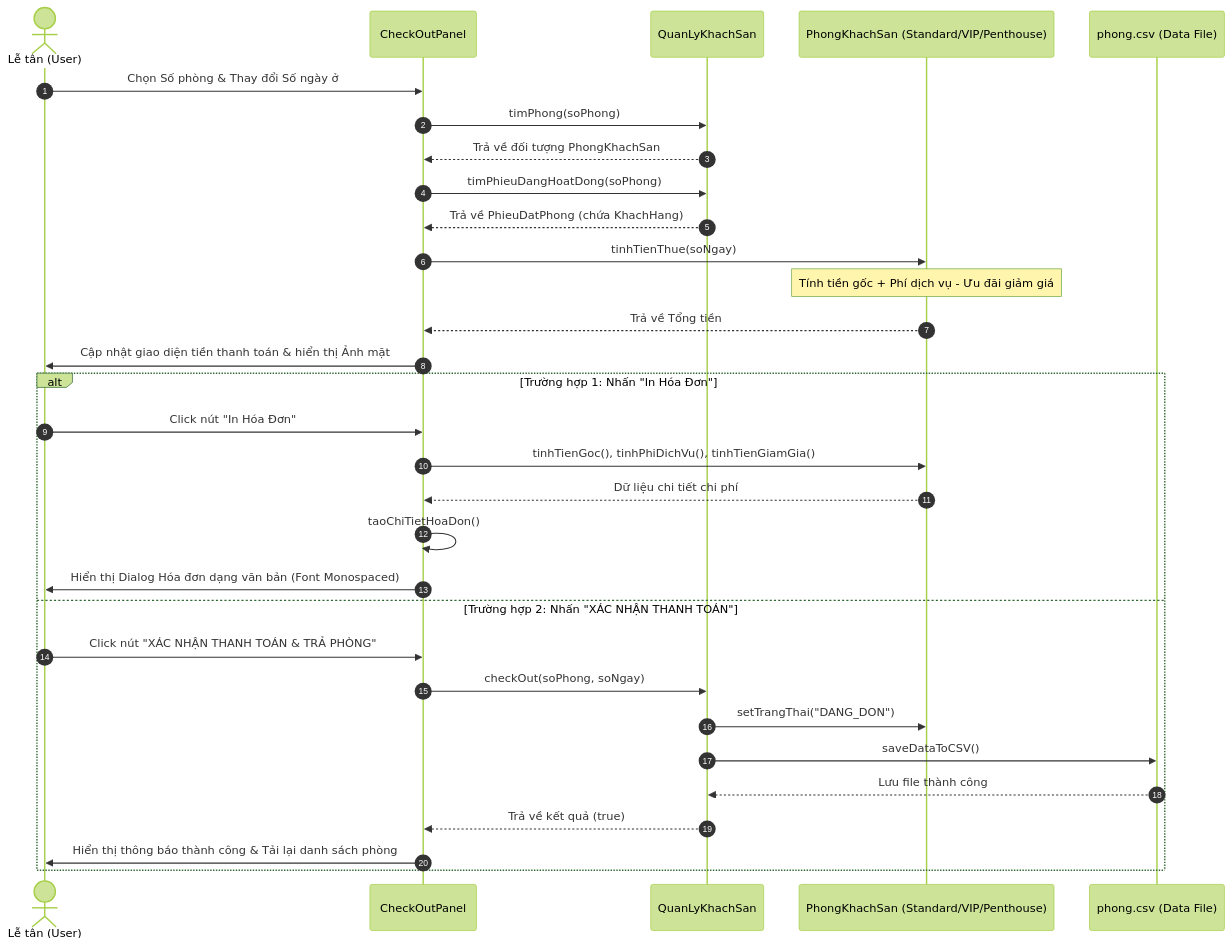
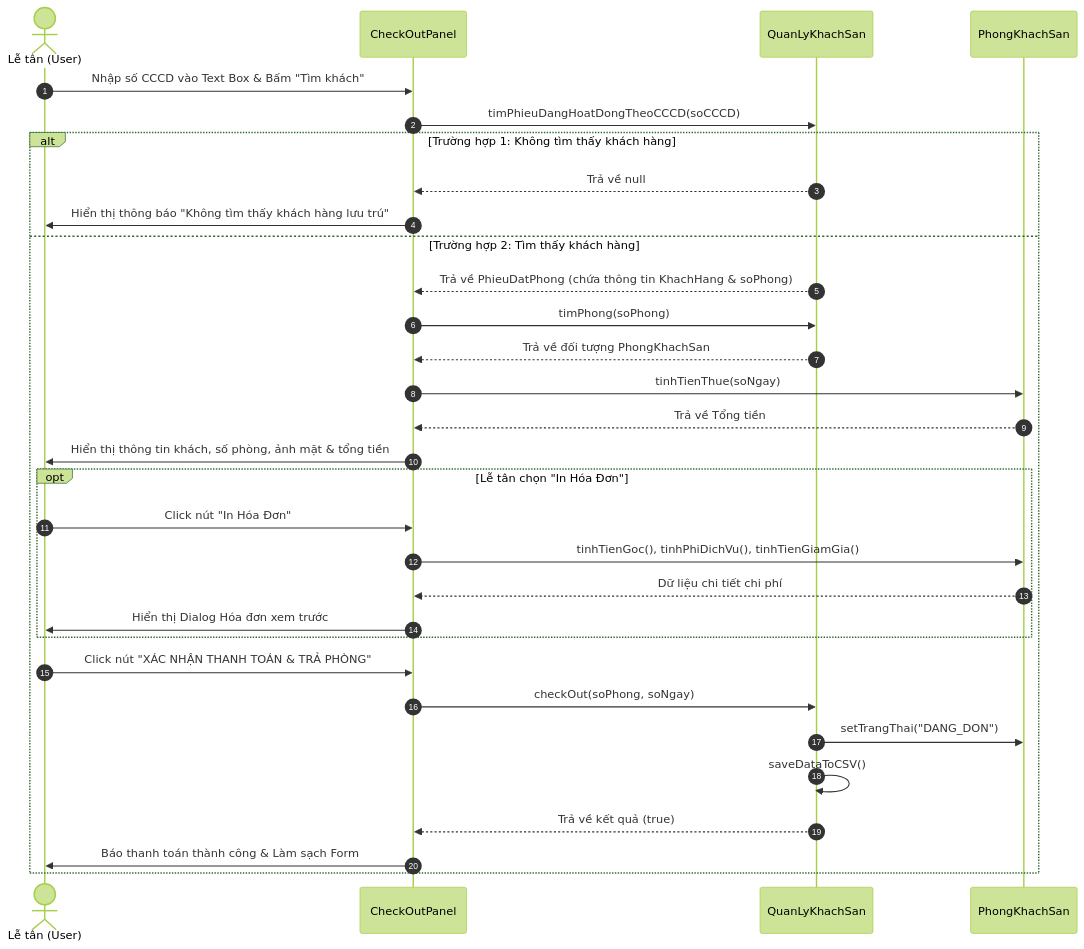
Before and after one commit to NNTTuan/HotelBookingSystem: the diagram in docs/diagrams/sequence_checkout.mmd, drawn with Mermaid (forest theme). The commit also changed 3 other files, not shown here.

Commit message:
edit class_diagram.mmd, sequence_checkout.mmd, QuanLyKhachSan.java, CheckOutPanel.java

```diff
--- a/docs/diagrams/sequence_checkout.mmd
+++ b/docs/diagrams/sequence_checkout.mmd
@@ -1,34 +1,36 @@
 sequenceDiagram
     autonumber
     actor Staff as Lễ tân (User)
     participant UI as CheckOutPanel
     participant Service as QuanLyKhachSan
-    participant Model as PhongKhachSan (Standard/VIP/Penthouse)
-    participant File as phong.csv (Data File)
+    participant Model as PhongKhachSan
 
-    Staff->>UI: Chọn Số phòng & Thay đổi Số ngày ở
-    UI->>Service: timPhong(soPhong)
-    Service-->>UI: Trả về đối tượng PhongKhachSan
-    UI->>Service: timPhieuDangHoatDong(soPhong)
-    Service-->>UI: Trả về PhieuDatPhong (chứa KhachHang)
-    
-    UI->>Model: tinhTienThue(soNgay)
-    Note over Model: Tính tiền gốc + Phí dịch vụ - Ưu đãi giảm giá
-    Model-->>UI: Trả về Tổng tiền
-    UI->>Staff: Cập nhật giao diện tiền thanh toán & hiển thị Ảnh mặt
+    Staff->>UI: Nhập số CCCD vào Text Box & Bấm "Tìm khách"
+    UI->>Service: timPhieuDangHoatDongTheoCCCD(soCCCD)
 
-    alt Trường hợp 1: Nhấn "In Hóa Đơn"
-        Staff->>UI: Click nút "In Hóa Đơn"
-        UI->>Model: tinhTienGoc(), tinhPhiDichVu(), tinhTienGiamGia()
-        Model-->>UI: Dữ liệu chi tiết chi phí
-        UI->>UI: taoChiTietHoaDon()
-        UI->>Staff: Hiển thị Dialog Hóa đơn dạng văn bản (Font Monospaced)
-    else Trường hợp 2: Nhấn "XÁC NHẬN THANH TOÁN"
+    alt Trường hợp 1: Không tìm thấy khách hàng
+        Service-->>UI: Trả về null
+        UI->>Staff: Hiển thị thông báo "Không tìm thấy khách hàng lưu trú"
+    else Trường hợp 2: Tìm thấy khách hàng
+        Service-->>UI: Trả về PhieuDatPhong (chứa thông tin KhachHang & soPhong)
+        UI->>Service: timPhong(soPhong)
+        Service-->>UI: Trả về đối tượng PhongKhachSan
+
+        UI->>Model: tinhTienThue(soNgay)
+        Model-->>UI: Trả về Tổng tiền
+        UI->>Staff: Hiển thị thông tin khách, số phòng, ảnh mặt & tổng tiền
+
+        opt Lễ tân chọn "In Hóa Đơn"
+            Staff->>UI: Click nút "In Hóa Đơn"
+            UI->>Model: tinhTienGoc(), tinhPhiDichVu(), tinhTienGiamGia()
+            Model-->>UI: Dữ liệu chi tiết chi phí
+            UI->>Staff: Hiển thị Dialog Hóa đơn xem trước
+        end
+
         Staff->>UI: Click nút "XÁC NHẬN THANH TOÁN & TRẢ PHÒNG"
         UI->>Service: checkOut(soPhong, soNgay)
         Service->>Model: setTrangThai("DANG_DON")
-        Service->>File: saveDataToCSV()
-        File-->>Service: Lưu file thành công
+        Service->>Service: saveDataToCSV()
         Service-->>UI: Trả về kết quả (true)
-        UI->>Staff: Hiển thị thông báo thành công & Tải lại danh sách phòng
+        UI->>Staff: Báo thanh toán thành công & Làm sạch Form
     end
```
